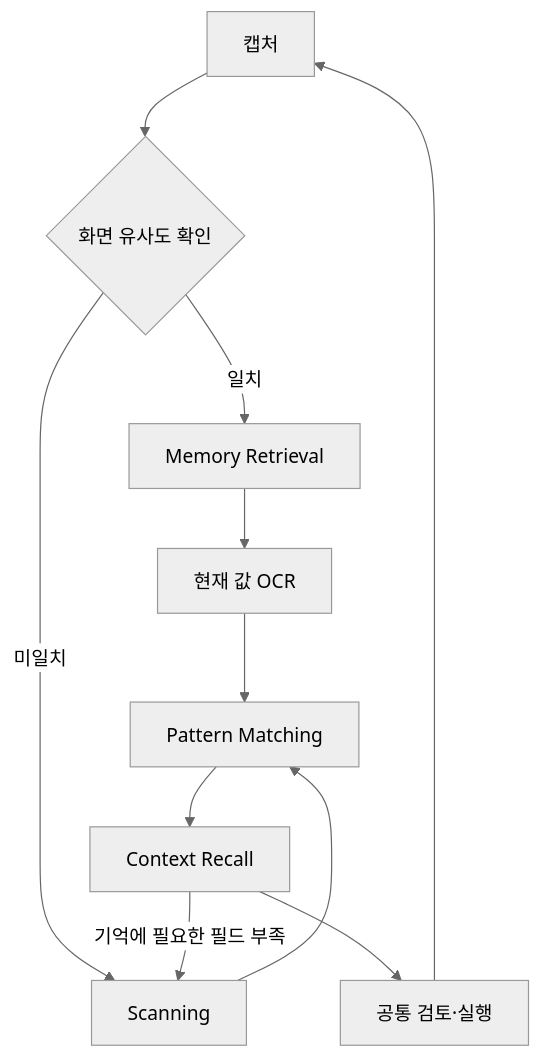
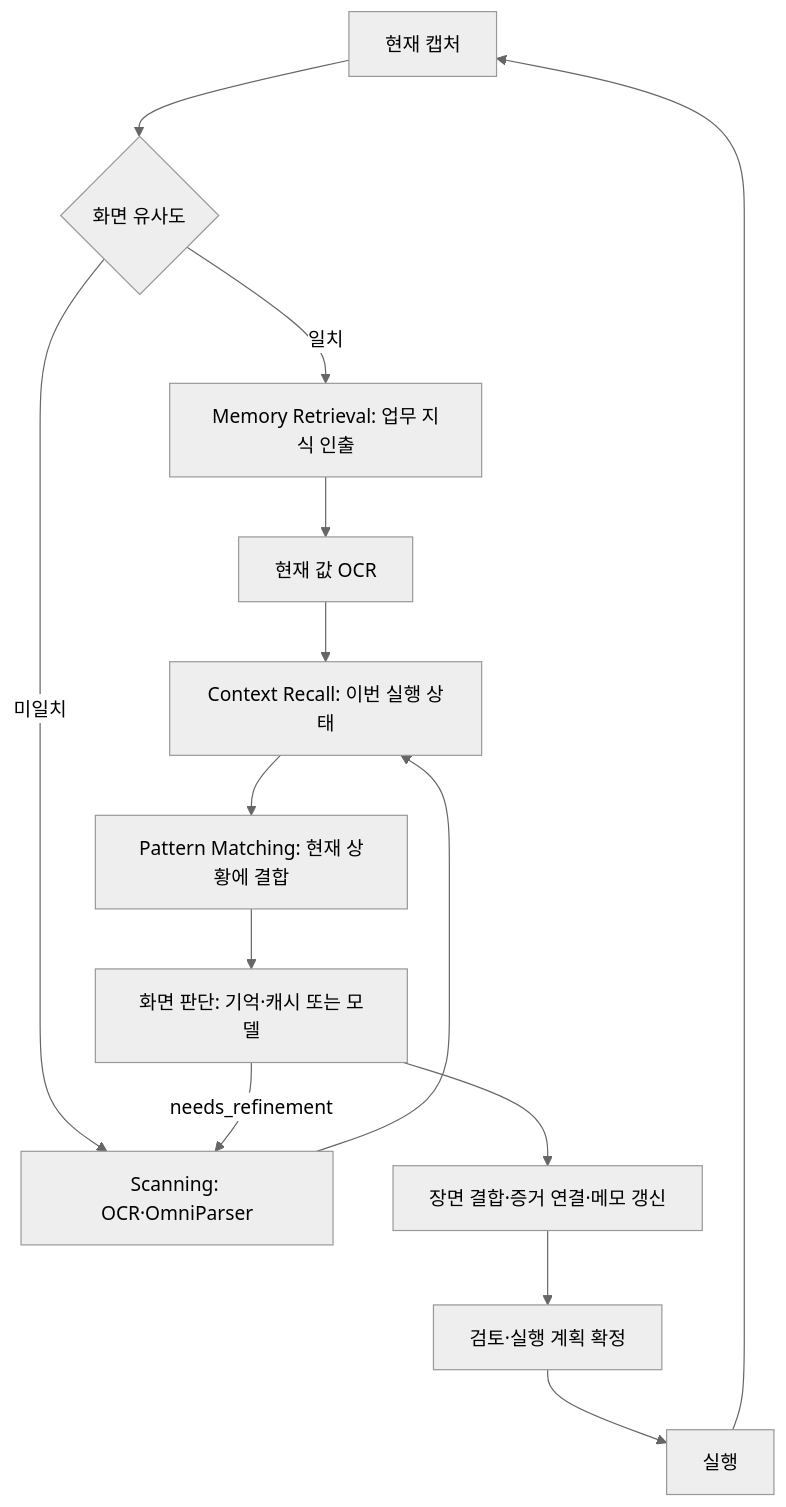
Before and after one commit to Dreamtreeme/agent-sawon: the diagram in docs/runtime-terminology.md, drawn with Mermaid (neutral theme). The commit also changed other lines of this file and 34 other files, not shown here.

First line of the commit message:
refactor: align memory retrieval and screen decision stages

````diff
--- a/docs/runtime-terminology.md
+++ b/docs/runtime-terminology.md
@@ -8,13 +26,16 @@
 ```mermaid
 flowchart TD
-    CAP[캡처] --> SIM{화면 유사도 확인}
-    SIM -->|일치| MEM[Memory Retrieval]
-    SIM -->|미일치| SCAN[Scanning]
+    CAP[현재 캡처] --> SIM{화면 유사도}
+    SIM -->|일치| MEM[Memory Retrieval: 업무 지식 인출]
+    SIM -->|미일치| SCAN[Scanning: OCR·OmniParser]
     MEM --> OCR[현재 값 OCR]
-    OCR --> PAT[Pattern Matching]
-    SCAN --> PAT
-    PAT --> CTX[Context Recall]
-    CTX -->|기억에 필요한 필드 부족| SCAN
-    CTX --> ACT[공통 검토·실행]
+    OCR --> CTX[Context Recall: 이번 실행 상태]
+    SCAN --> CTX
+    CTX --> PAT[Pattern Matching: 현재 상황에 결합]
+    PAT --> DEC[화면 판단: 기억·캐시 또는 모델]
+    DEC -->|needs_refinement| SCAN
+    DEC --> BIND[장면 결합·증거 연결·메모 갱신]
+    BIND --> REVIEW[검토·실행 계획 확정]
+    REVIEW --> ACT[실행]
     ACT --> CAP
 ```
````
